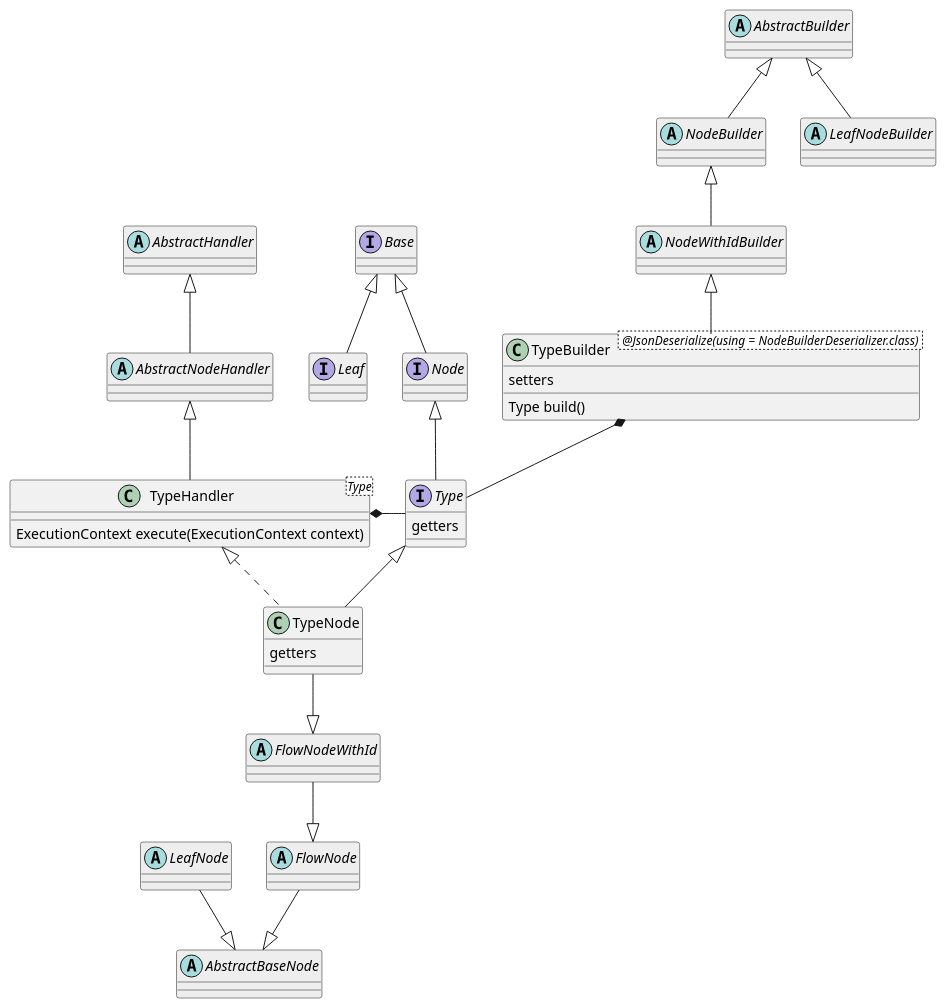
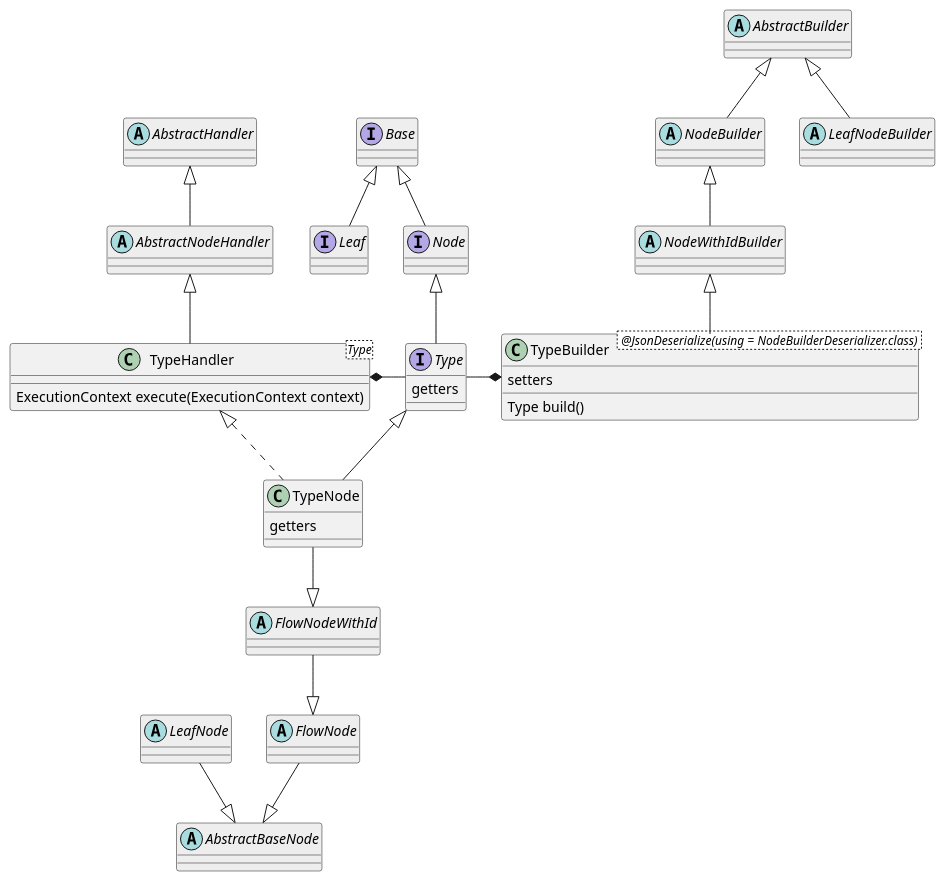
Before and after one commit to descoped/data-collector-documentation: the diagram in docs/puml/builder-class-diagram.puml, drawn with PlantUML. The commit also changed 1 other file, not shown here.

```diff
--- a/docs/puml/builder-class-diagram.puml
+++ b/docs/puml/builder-class-diagram.puml
@@ -1,59 +1,59 @@
 @startuml
 
 interface Base #EEE {
 }
 interface Leaf #EEE {
 }
 interface Node #EEE {
 }
 interface Type {
     getters
 }
 
 Base <|-down- Leaf
 Base <|-down- Node
 Node <|-down- Type
 Type <|-- TypeNode
 
 abstract class AbstractBaseNode #EEE
 abstract class FlowNode #EEE
 abstract class LeafNode #EEE
 abstract class FlowNodeWithId #EEE
 class TypeNode {
     getters
 }
 
 AbstractBaseNode <|-up- FlowNode
 AbstractBaseNode <|-up- LeafNode
 FlowNode <|-up- FlowNodeWithId
 FlowNodeWithId <|-up- TypeNode
 
 
 
 abstract class AbstractBuilder #EEE
 abstract class NodeBuilder #EEE
 abstract class LeafNodeBuilder #EEE
 abstract class NodeWithIdBuilder #EEE
 class TypeBuilder < @JsonDeserialize(using = NodeBuilderDeserializer.class) > {
     setters
     Type build()
 }
 
-TypeBuilder *-- Type
+TypeBuilder *-left- Type
 AbstractBuilder <|-- LeafNodeBuilder
 AbstractBuilder <|-- NodeBuilder
 NodeBuilder <|-- NodeWithIdBuilder
 NodeWithIdBuilder <|-down- TypeBuilder
 
 
 abstract class AbstractHandler #EEE
 abstract class AbstractNodeHandler #EEE extends AbstractHandler
 
 class TypeHandler<Type> extends AbstractNodeHandler {
     ExecutionContext execute(ExecutionContext context)
 }
 
 TypeHandler *- Type
 TypeHandler <|.. TypeNode
 
 @enduml
```
